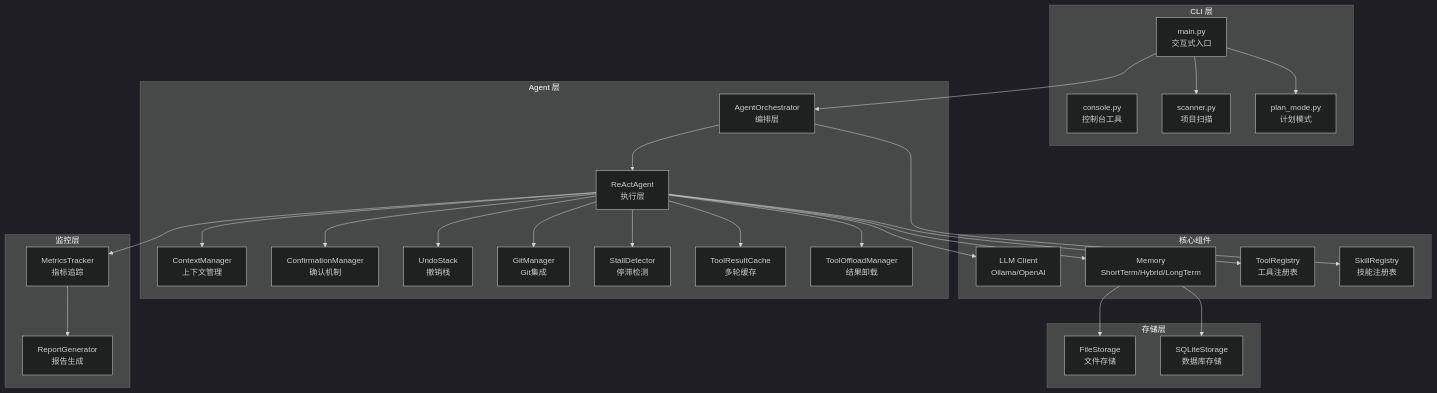
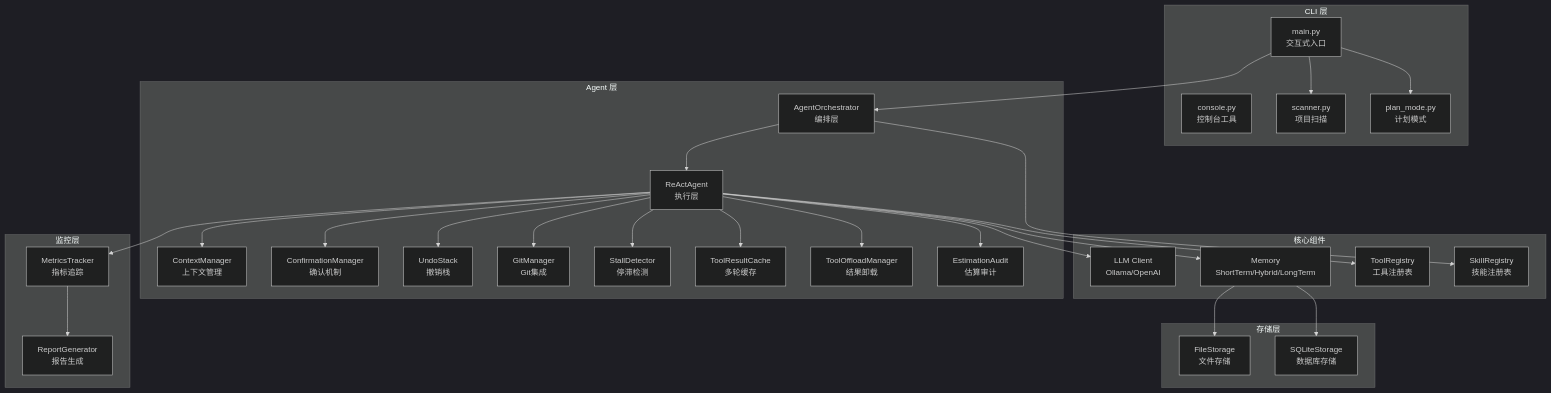
The first of 4 diagrams in docs/architecture.md (Tobytywang/NanoAgent), drawn with Mermaid (dark theme) before and after one commit. The commit also changed 19 other files, not shown here.

````diff
--- a/docs/architecture.md
+++ b/docs/architecture.md
@@ -7,61 +7,63 @@
 ```mermaid
 graph TB
     subgraph CLI["CLI 层"]
         MAIN[main.py<br/>交互式入口]
         CONSOLE[console.py<br/>控制台工具]
         SCANNER[scanner.py<br/>项目扫描]
         PLAN[plan_mode.py<br/>计划模式]
     end
 
     subgraph Agent["Agent 层"]
         ORCH[AgentOrchestrator<br/>编排层]
         REACT[ReActAgent<br/>执行层]
         CTX[ContextManager<br/>上下文管理]
         CONFIRM[ConfirmationManager<br/>确认机制]
         UNDO[UndoStack<br/>撤销栈]
         GIT[GitManager<br/>Git集成]
         STALL[StallDetector<br/>停滞检测]
         CACHE[ToolResultCache<br/>多轮缓存]
         OFFLOAD[ToolOffloadManager<br/>结果卸载]
+        AUDIT[EstimationAudit<br/>估算审计]
     end
 
     subgraph Core["核心组件"]
         LLM[LLM Client<br/>Ollama/OpenAI]
         MEM[Memory<br/>ShortTerm/Hybrid/LongTerm]
         TOOLS[ToolRegistry<br/>工具注册表]
         SKILLS[SkillRegistry<br/>技能注册表]
     end
 
     subgraph Storage["存储层"]
         FILE[FileStorage<br/>文件存储]
         SQLITE[SQLiteStorage<br/>数据库存储]
     end
 
     subgraph Monitoring["监控层"]
         TRACKER[MetricsTracker<br/>指标追踪]
         REPORTER[ReportGenerator<br/>报告生成]
     end
 
     MAIN --> ORCH
     MAIN --> SCANNER
     MAIN --> PLAN
     ORCH --> REACT
     REACT --> CTX
     REACT --> CONFIRM
     REACT --> UNDO
     REACT --> GIT
     REACT --> STALL
     REACT --> CACHE
     REACT --> OFFLOAD
+    REACT --> AUDIT
 
     REACT --> LLM
     REACT --> MEM
     REACT --> TOOLS
     ORCH --> SKILLS
 
     MEM --> FILE
     MEM --> SQLITE
 
     REACT --> TRACKER
     TRACKER --> REPORTER
 ```
````
